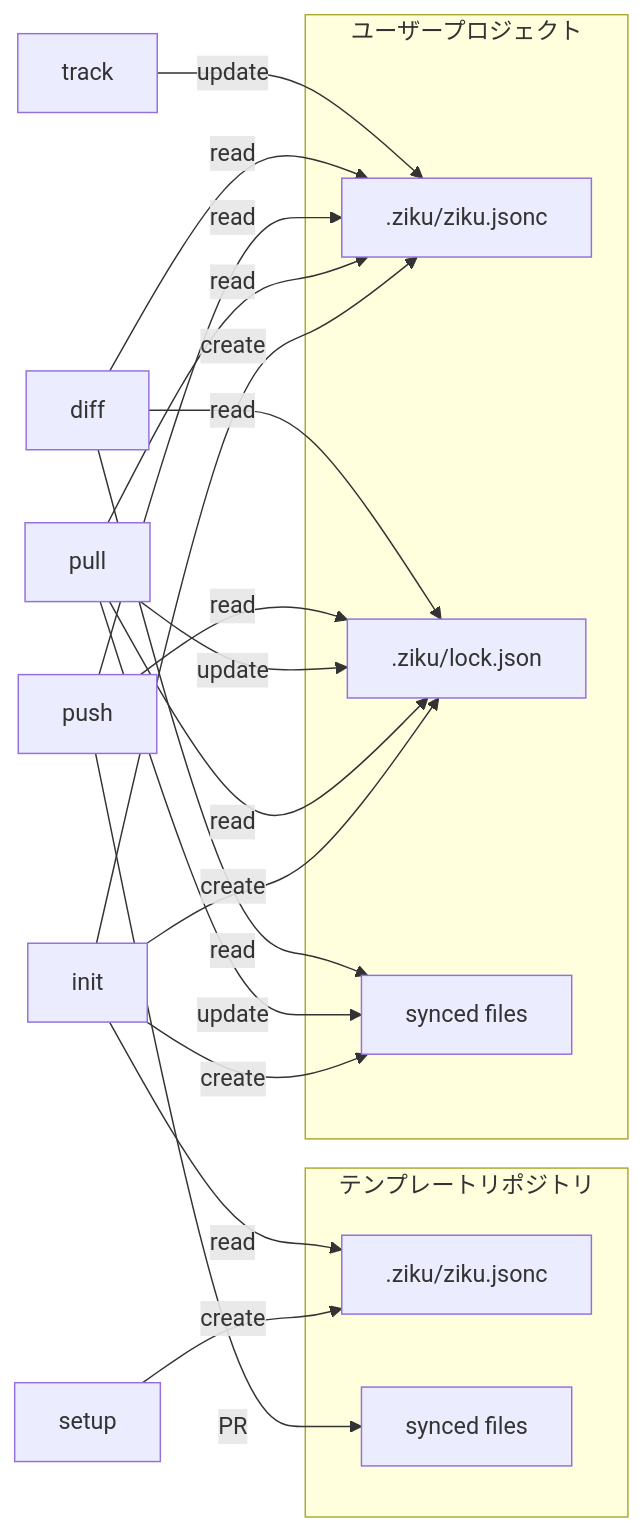
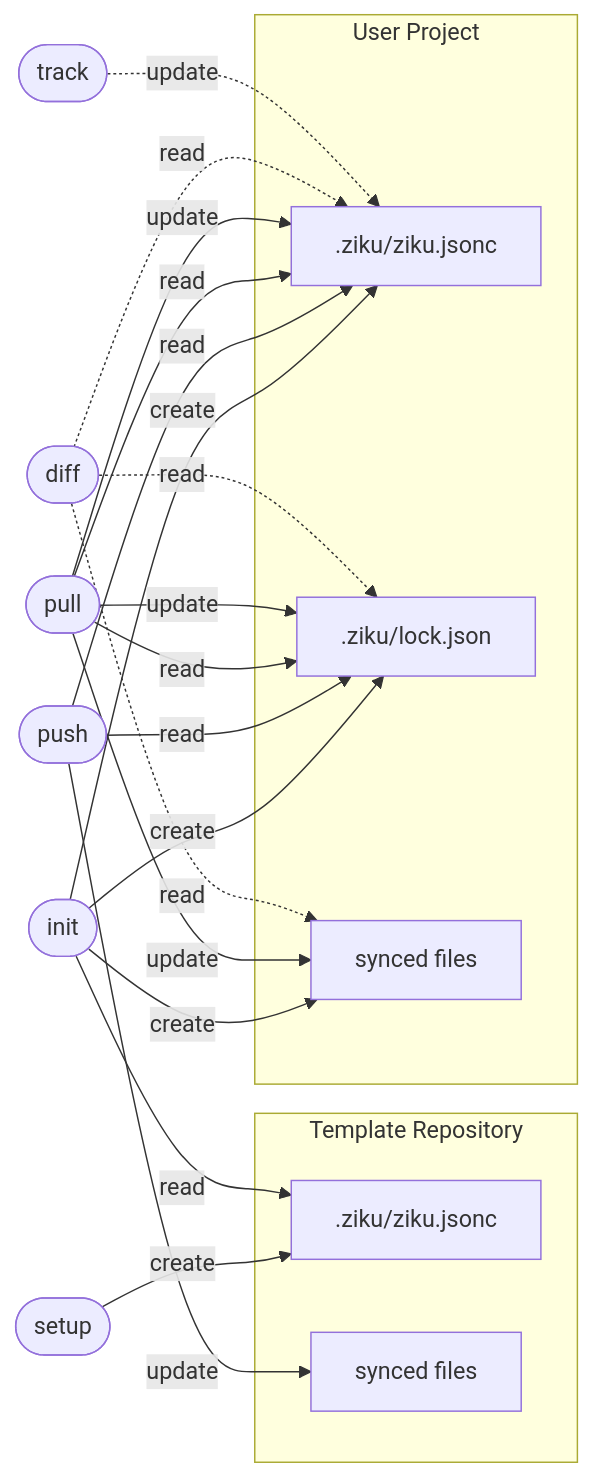
One commit to tktcorporation/ziku changed the diagram in README.md. Above: the diagram before and after it, drawn with Mermaid. The commit also changed other lines of this file and 11 other files, not shown here.

First line of the commit message:
fix: lock.json の version を ziku CLI バージョンに変更

````diff
--- a/README.md
+++ b/README.md
@@ -119,32 +119,25 @@
 ```mermaid
 graph LR
 
-  subgraph Template["テンプレートリポジトリ"]
+  subgraph Template["Template Repository"]
     ZIKU_TPL[".ziku/ziku.jsonc"]
     T_FILES["synced files"]
   end
 
-  subgraph User["ユーザープロジェクト"]
+  subgraph User["User Project"]
     ZIKU[".ziku/ziku.jsonc"]
     LOCK[".ziku/lock.json"]
     U_FILES["synced files"]
   end
 
-  setup -->|create| ZIKU_TPL
-  init -->|read| ZIKU_TPL
-  init -->|create| ZIKU
-  init -->|create| LOCK
-  init -->|create| U_FILES
-  pull -->|read| ZIKU
-  pull -->|read| LOCK
-  pull -->|update| U_FILES
-  pull -->|update| LOCK
-  push -->|read| ZIKU
-  push -->|read| LOCK
-  push -->|PR| T_FILES
-  diff -->|read| ZIKU
-  diff -->|read| LOCK
-  diff -->|read| U_FILES
-  track -->|update| ZIKU
+  setup([setup]) -->|create| ZIKU_TPL
+  init([init]) -->|read| ZIKU_TPL
+  init -->|create| ZIKU & LOCK & U_FILES
+  push([push]) -->|read| ZIKU & LOCK
+  push -->|update| T_FILES
+  pull([pull]) -->|read| ZIKU & LOCK
+  pull -->|update| U_FILES & ZIKU & LOCK
+  diff([diff]) -.->|read| ZIKU & LOCK & U_FILES
+  track([track]) -.->|update| ZIKU
 
 ```
````
